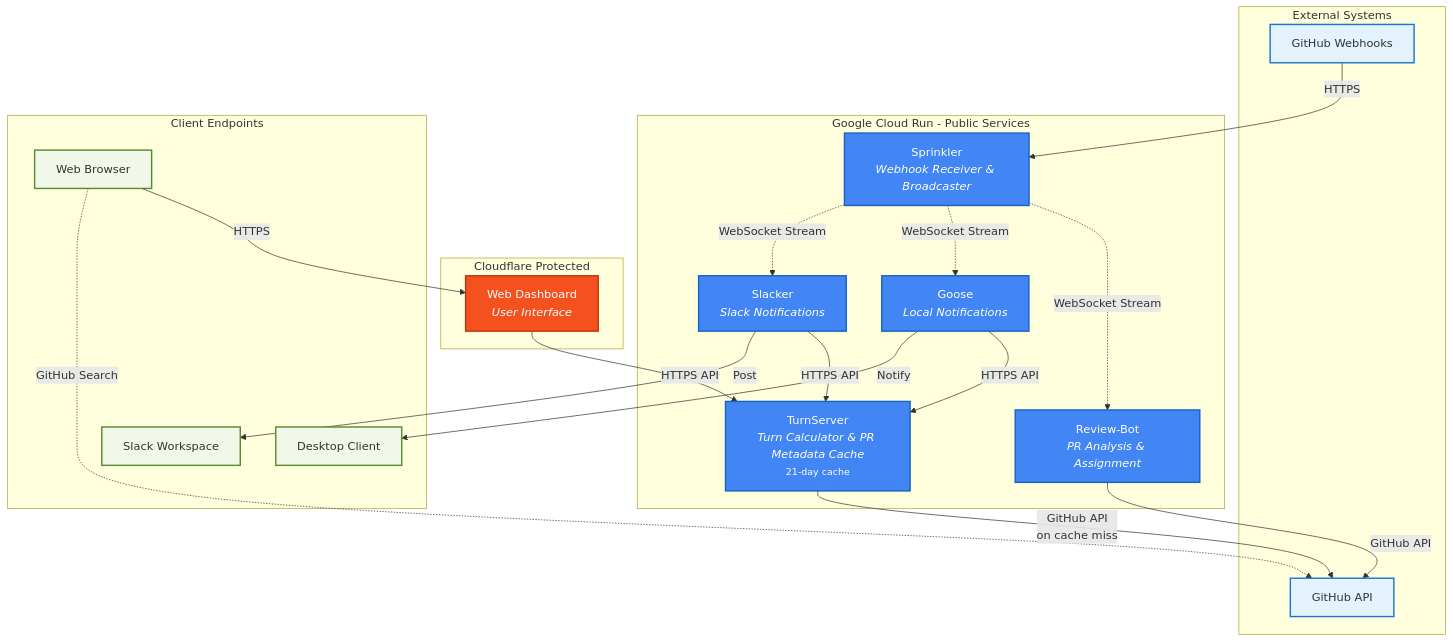
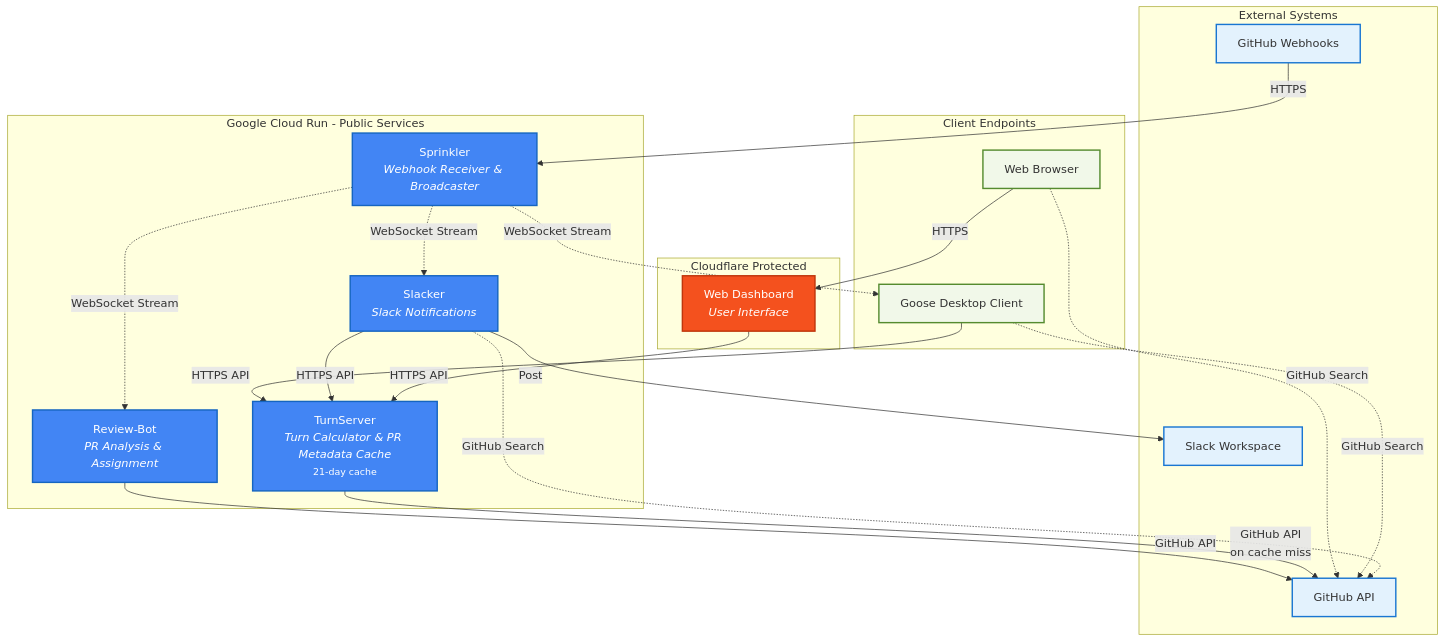
One commit to codeGROOVE-dev/architecture changed the first of 3 diagrams in README.md. Above: the diagram before and after it, drawn with Mermaid.

Commit message:
improve sys arch

````diff
--- a/README.md
+++ b/README.md
@@ -13,56 +13,56 @@
 ```mermaid
 flowchart TB
     subgraph External["External Systems"]
         GH["GitHub API"]
         WHooks["GitHub Webhooks"]
+        Slack["Slack Workspace"]
     end
 
     subgraph GCR["Google Cloud Run - Public Services"]
         Sprinkler["Sprinkler<br/><i>Webhook Receiver & Broadcaster</i>"]
         ReviewBot["Review-Bot<br/><i>PR Analysis & Assignment</i>"]
-        Goose["Goose<br/><i>Local Notifications</i>"]
         Slacker["Slacker<br/><i>Slack Notifications</i>"]
         TurnServer["TurnServer<br/><i>Turn Calculator & PR Metadata Cache</i><br/><small>21-day cache</small>"]
     end
 
     subgraph CF["Cloudflare Protected"]
         Dashboard["Web Dashboard<br/><i>User Interface</i>"]
     end
 
     subgraph Clients["Client Endpoints"]
         Browser["Web Browser"]
-        Desktop["Desktop Client"]
-        Slack["Slack Workspace"]
+        Goose["Goose Desktop Client"]
     end
 
     WHooks -->|HTTPS| Sprinkler
 
     Sprinkler -.->|WebSocket Stream| ReviewBot
     Sprinkler -.->|WebSocket Stream| Goose
     Sprinkler -.->|WebSocket Stream| Slacker
 
     ReviewBot -->|GitHub API| GH
 
     Goose -->|HTTPS API| TurnServer
     Slacker -->|HTTPS API| TurnServer
 
     TurnServer -->|GitHub API<br/>on cache miss| GH
 
     Browser -->|HTTPS| Dashboard
     Dashboard -->|HTTPS API| TurnServer
 
     Browser -.->|GitHub Search| GH
+    Goose -.->|GitHub Search| GH
+    Slacker -.->|GitHub Search| GH
 
-    Goose -->|Notify| Desktop
     Slacker -->|Post| Slack
 
     classDef external fill:#e3f2fd,stroke:#1976d2,stroke-width:2px
     classDef cloudrun fill:#4285f4,stroke:#1565c0,stroke-width:2px,color:#fff
     classDef cloudflare fill:#f4511e,stroke:#bf360c,stroke-width:2px,color:#fff
     classDef client fill:#f1f8e9,stroke:#558b2f,stroke-width:2px
 
-    class GH,WHooks external
-    class Sprinkler,ReviewBot,Goose,Slacker,TurnServer cloudrun
+    class GH,WHooks,Slack external
+    class Sprinkler,ReviewBot,Slacker,TurnServer cloudrun
     class Dashboard cloudflare
-    class Browser,Desktop,Slack client
+    class Browser,Goose client
 ```
````
